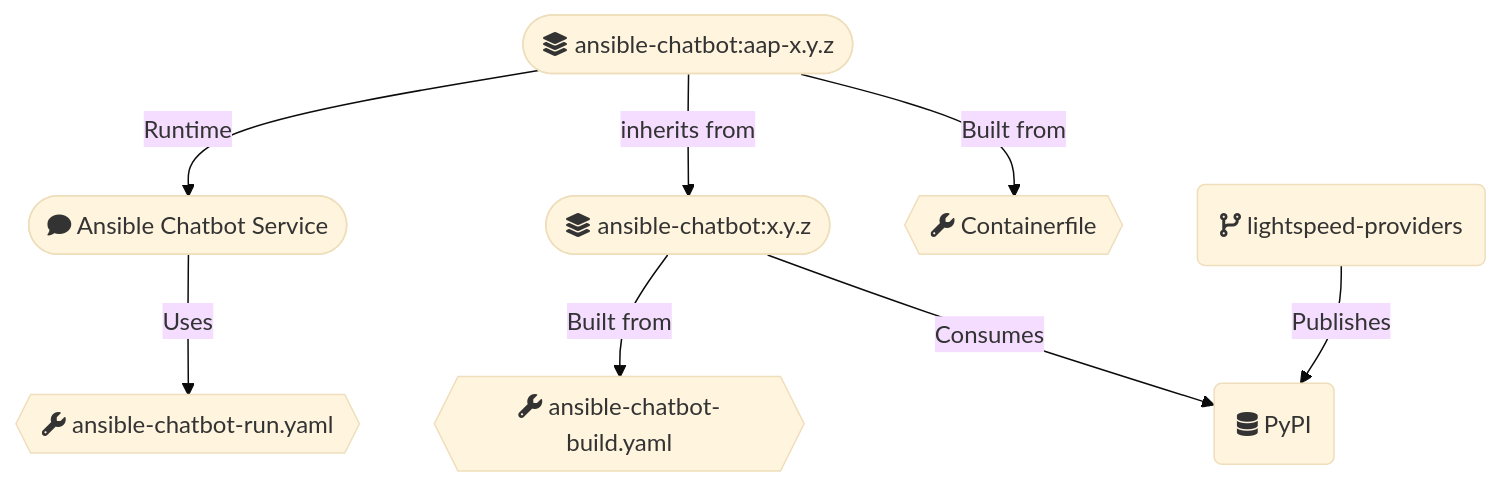
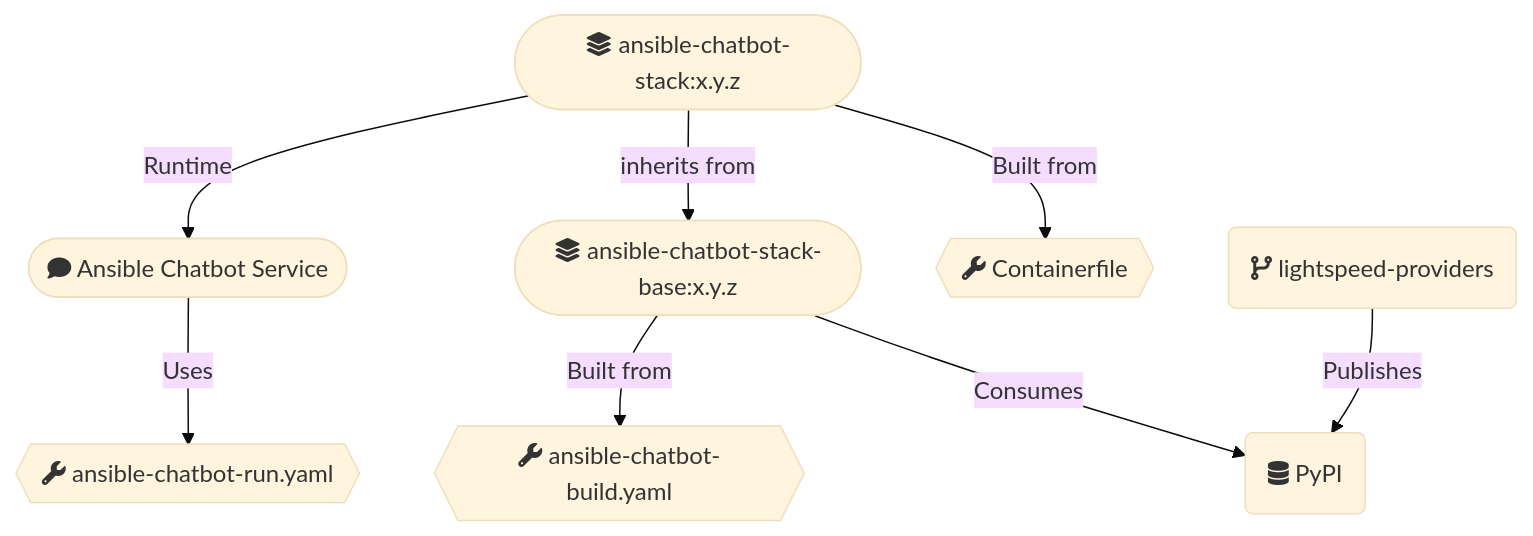
The diagram in README.md (manstis/ansible-chatbot-stack), drawn with Mermaid (base theme) before and after one commit. The commit also changed other lines of this file and 6 other files, not shown here.

Commit message:
AAP-47004: Automate llama-stack build. (#11)

````diff
--- a/README.md
+++ b/README.md
@@ -14,21 +14,21 @@
 ```mermaid
 flowchart TB
 %% Nodes
-    CHATBOT_STACK([fa:fa-layer-group ansible-chatbot:x.y.z])
-    AAP_CHATBOT_STACK([fa:fa-layer-group ansible-chatbot:aap-x.y.z])
+    CHATBOT_STACK([fa:fa-layer-group ansible-chatbot-stack-base:x.y.z])
+    AAP_CHATBOT_STACK([fa:fa-layer-group ansible-chatbot-stack:x.y.z])
     AAP_CHATBOT([fa:fa-comment Ansible Chatbot Service])
     CHATBOT_BUILD_CONFIG{{fa:fa-wrench ansible-chatbot-build.yaml}}
     CHATBOT_RUN_CONFIG{{fa:fa-wrench ansible-chatbot-run.yaml}}
     AAP_CHATBOT_DOCKERFILE{{fa:fa-wrench Containerfile}}
     Lightspeed_Providers("fa:fa-code-branch lightspeed-providers")
     PYPI("fa:fa-database PyPI")
 
 %% Edge connections between nodes
     CHATBOT_STACK -- Consumes --> PYPI
     Lightspeed_Providers -- Publishes --> PYPI
     CHATBOT_STACK -- Built from --> CHATBOT_BUILD_CONFIG
     AAP_CHATBOT_STACK -- Built from --> AAP_CHATBOT_DOCKERFILE
     AAP_CHATBOT_STACK -- inherits from --> CHATBOT_STACK
     AAP_CHATBOT -- Uses --> CHATBOT_RUN_CONFIG
     AAP_CHATBOT_STACK -- Runtime --> AAP_CHATBOT
 ```
````
